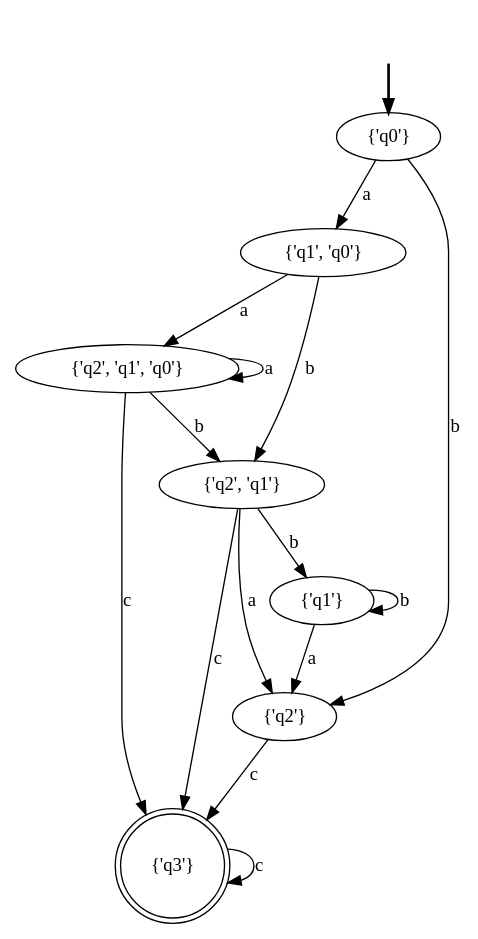
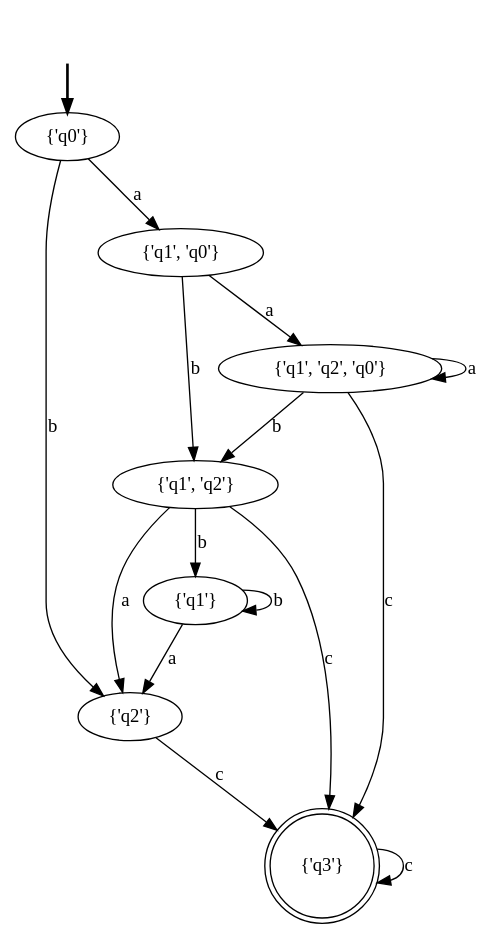
The diagram in lab2/dfa.dot (dcambur/FAF-191_LFPC), drawn with Graphviz before and after one commit. The commit also changed 8 other files, not shown here.

```diff
--- a/lab2/dfa.dot
+++ b/lab2/dfa.dot
@@ -1,25 +1,25 @@
 digraph {
 	fake [style=invisible]
-	"{'q2', 'q1'}"
 	"{'q2'}"
+	"{'q0'}" [root=true]
+	"{'q1', 'q0'}"
+	"{'q1'}"
+	"{'q1', 'q2', 'q0'}"
 	"{'q3'}" [shape=doublecircle]
-	"{'q1'}"
-	"{'q2', 'q1', 'q0'}"
-	"{'q1', 'q0'}"
-	"{'q0'}" [root=true]
+	"{'q1', 'q2'}"
 	fake -> "{'q0'}" [style=bold]
 	"{'q0'}" -> "{'q1', 'q0'}" [label=a]
 	"{'q0'}" -> "{'q2'}" [label=b]
-	"{'q1', 'q0'}" -> "{'q2', 'q1', 'q0'}" [label=a]
-	"{'q1', 'q0'}" -> "{'q2', 'q1'}" [label=b]
+	"{'q1', 'q0'}" -> "{'q1', 'q2', 'q0'}" [label=a]
+	"{'q1', 'q0'}" -> "{'q1', 'q2'}" [label=b]
 	"{'q2'}" -> "{'q3'}" [label=c]
-	"{'q2', 'q1', 'q0'}" -> "{'q3'}" [label=c]
-	"{'q2', 'q1', 'q0'}" -> "{'q2', 'q1', 'q0'}" [label=a]
-	"{'q2', 'q1', 'q0'}" -> "{'q2', 'q1'}" [label=b]
-	"{'q2', 'q1'}" -> "{'q3'}" [label=c]
-	"{'q2', 'q1'}" -> "{'q2'}" [label=a]
-	"{'q2', 'q1'}" -> "{'q1'}" [label=b]
+	"{'q1', 'q2', 'q0'}" -> "{'q1', 'q2', 'q0'}" [label=a]
+	"{'q1', 'q2', 'q0'}" -> "{'q1', 'q2'}" [label=b]
+	"{'q1', 'q2', 'q0'}" -> "{'q3'}" [label=c]
+	"{'q1', 'q2'}" -> "{'q2'}" [label=a]
+	"{'q1', 'q2'}" -> "{'q1'}" [label=b]
+	"{'q1', 'q2'}" -> "{'q3'}" [label=c]
 	"{'q3'}" -> "{'q3'}" [label=c]
 	"{'q1'}" -> "{'q2'}" [label=a]
 	"{'q1'}" -> "{'q1'}" [label=b]
 }
```
